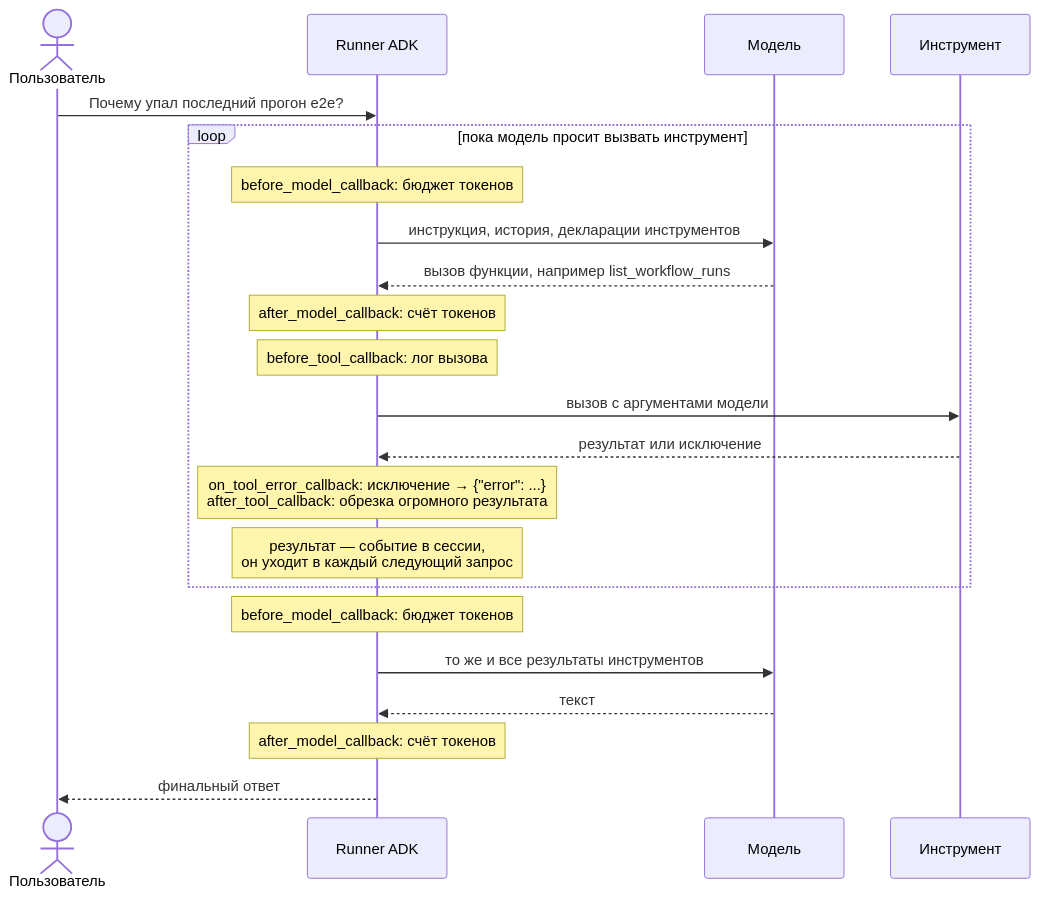
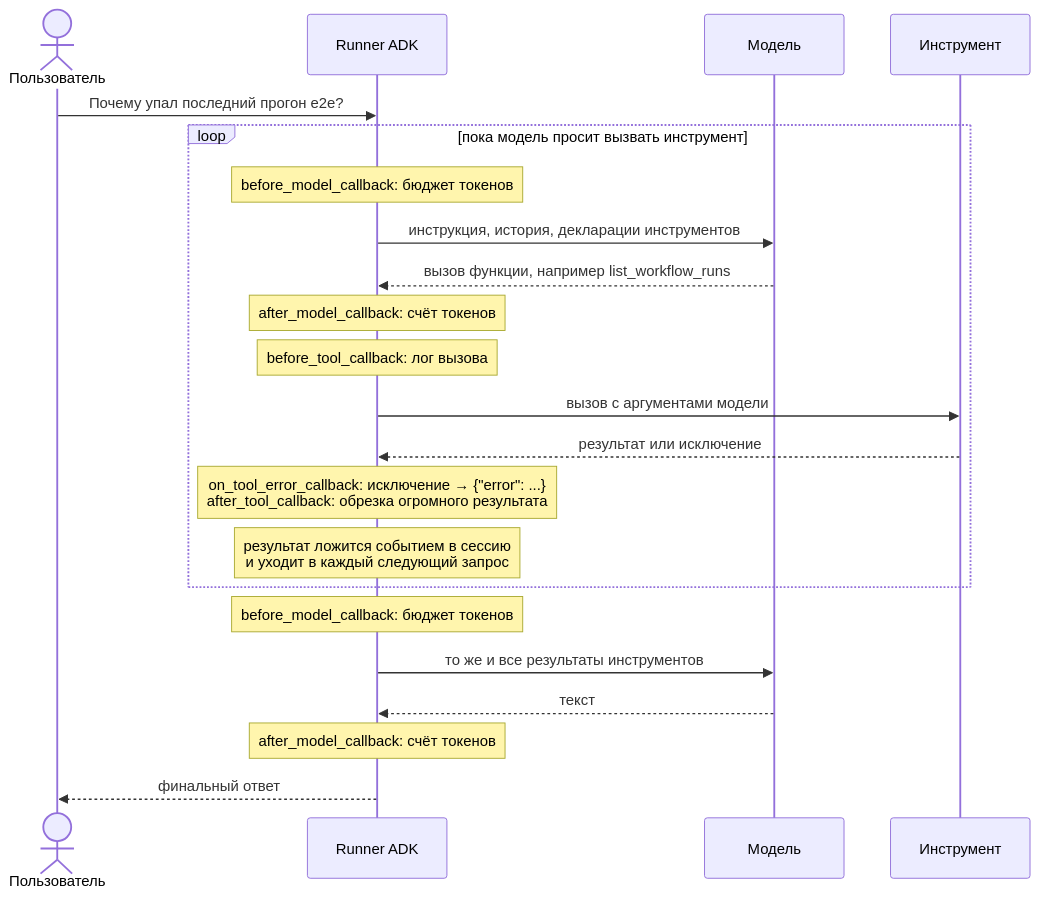
One commit to aqa-courses/qa-assistant-course-m1 changed the second of 3 diagrams in modules/m01/lesson.md. Above: the diagram before and after it, drawn with Mermaid. The commit also changed other lines of this file and 6 other files, not shown here.

````diff
--- a/modules/m01/lesson.md
+++ b/modules/m01/lesson.md
@@ -201,24 +301,24 @@
 ```mermaid
 sequenceDiagram
     actor U as Пользователь
     participant R as Runner ADK
     participant M as Модель
     participant T as Инструмент
     U->>R: Почему упал последний прогон e2e?
     loop пока модель просит вызвать инструмент
         Note over R: before_model_callback: бюджет токенов
         R->>M: инструкция, история, декларации инструментов
         M-->>R: вызов функции, например list_workflow_runs
         Note over R: after_model_callback: счёт токенов
         Note over R: before_tool_callback: лог вызова
         R->>T: вызов с аргументами модели
         T-->>R: результат или исключение
         Note over R: on_tool_error_callback: исключение → {"error": ...}<br/>after_tool_callback: обрезка огромного результата
-        Note over R: результат — событие в сессии,<br/>он уходит в каждый следующий запрос
+        Note over R: результат ложится событием в сессию<br/>и уходит в каждый следующий запрос
     end
     Note over R: before_model_callback: бюджет токенов
     R->>M: то же и все результаты инструментов
     M-->>R: текст
     Note over R: after_model_callback: счёт токенов
     R-->>U: финальный ответ
 ```
````
